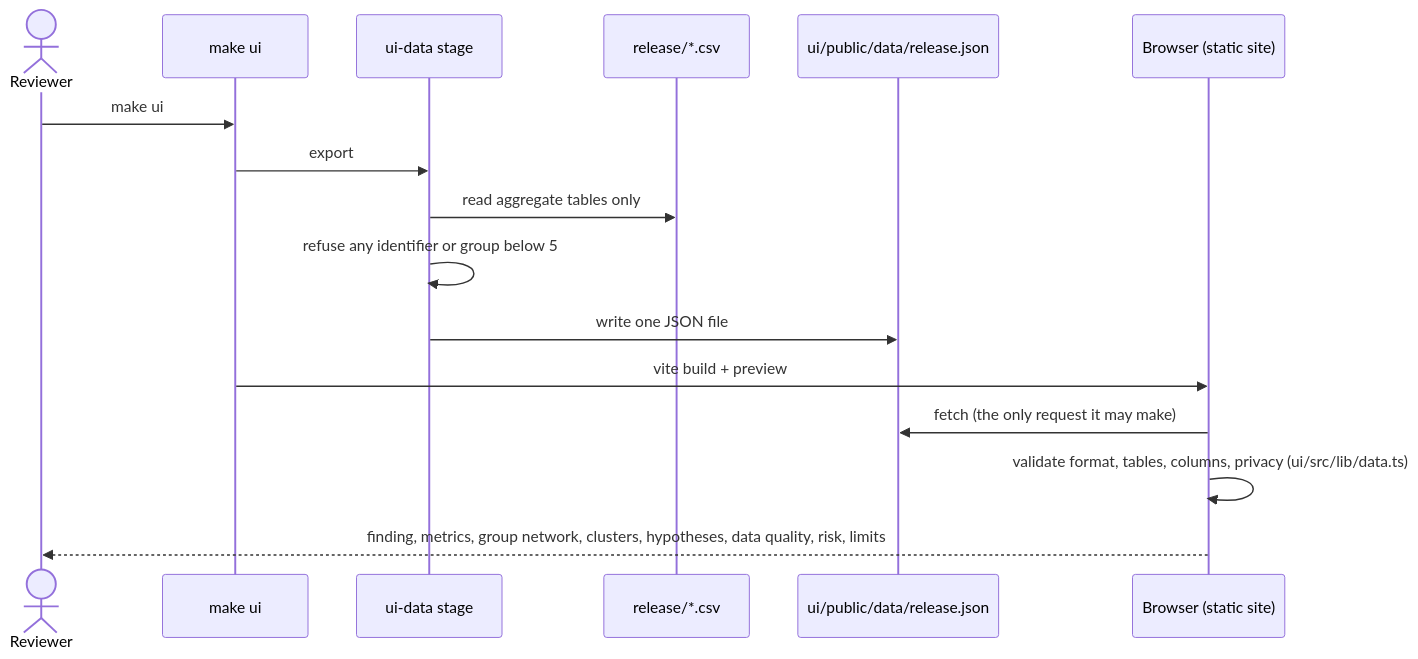
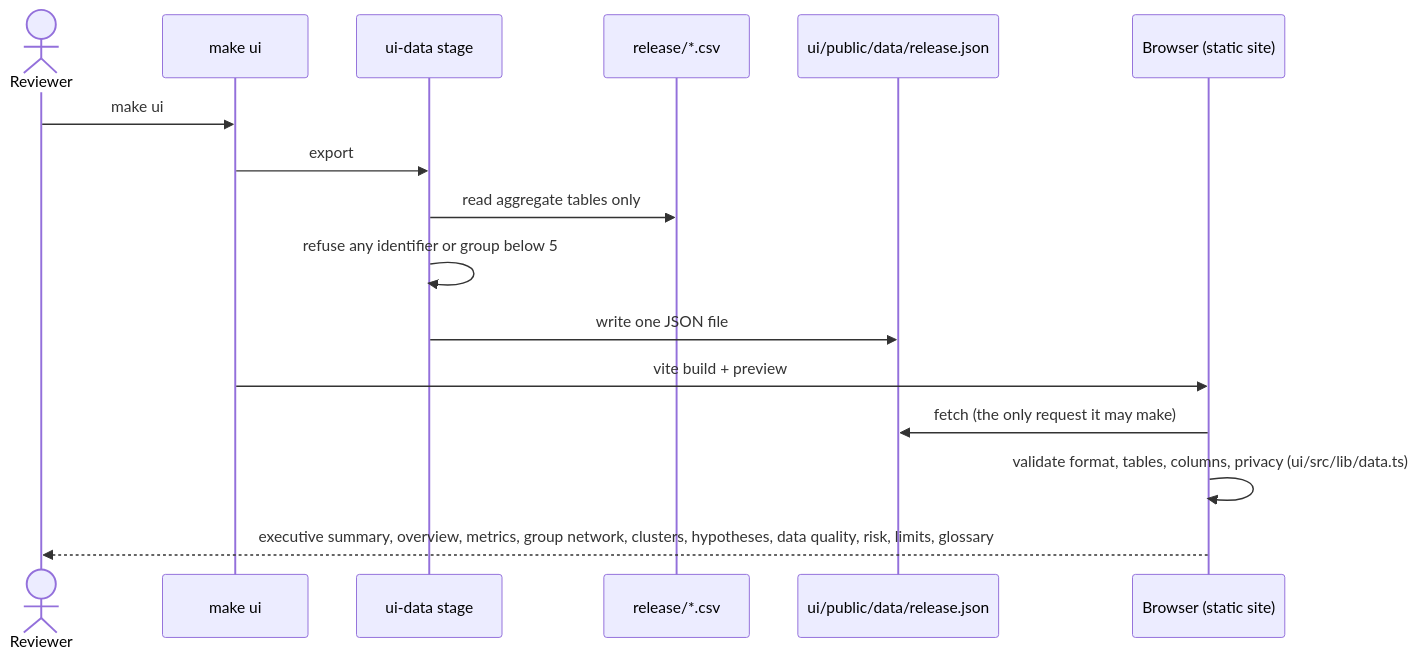
Before and after one commit to marcusvieira88/network-science: the fourth of 8 diagrams in docs/technical-overview.md, drawn with Mermaid. The commit also changed other lines of this file, not shown here.

First line of the commit message:
Items 1, 3, 4, 7, 8, 11, 12, 15-20, 22-25, 30, 39, 43, 48, 55: technical overview as built

````diff
--- a/docs/technical-overview.md
+++ b/docs/technical-overview.md
@@ -257,18 +274,18 @@
 ```mermaid
 sequenceDiagram
     actor U as Reviewer
     participant M as make ui
     participant X as ui-data stage
     participant R as release/*.csv
     participant J as ui/public/data/release.json
     participant B as Browser (static site)
     U->>M: make ui
     M->>X: export
     X->>R: read aggregate tables only
     X->>X: refuse any identifier or group below 5
     X->>J: write one JSON file
     M->>B: vite build + preview
     B->>J: fetch (the only request it may make)
     B->>B: validate format, tables, columns, privacy (ui/src/lib/data.ts)
-    B-->>U: finding, metrics, group network, clusters, hypotheses, data quality, risk, limits
+    B-->>U: executive summary, overview, metrics, group network, clusters, hypotheses, data quality, risk, limits, glossary
 ```
````
